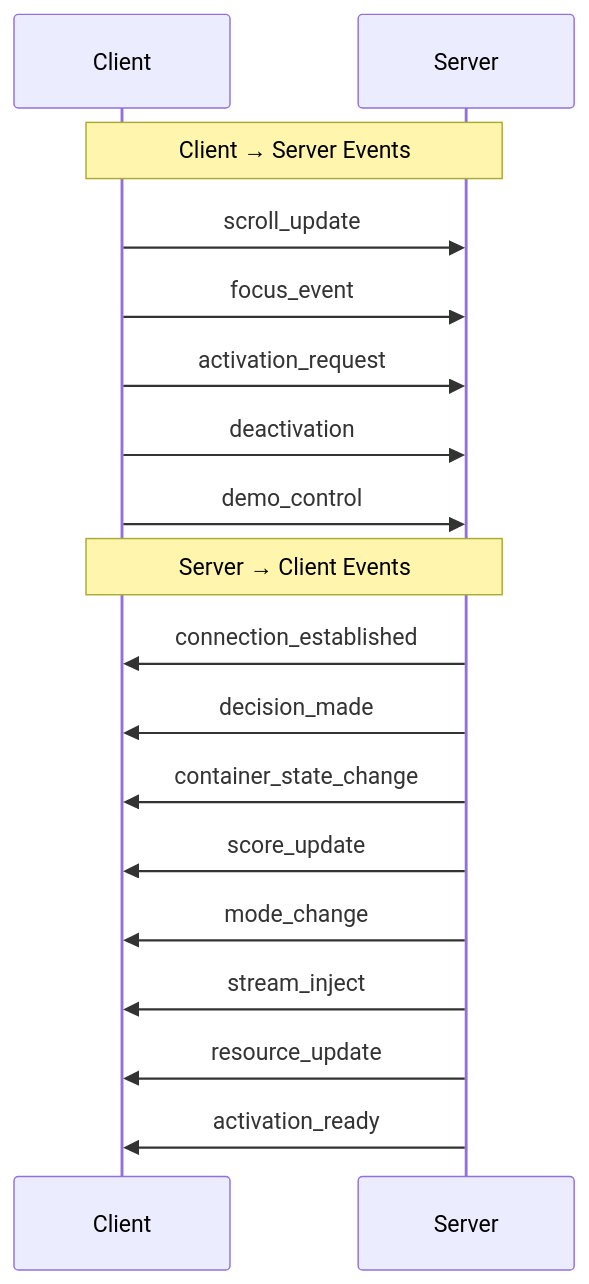
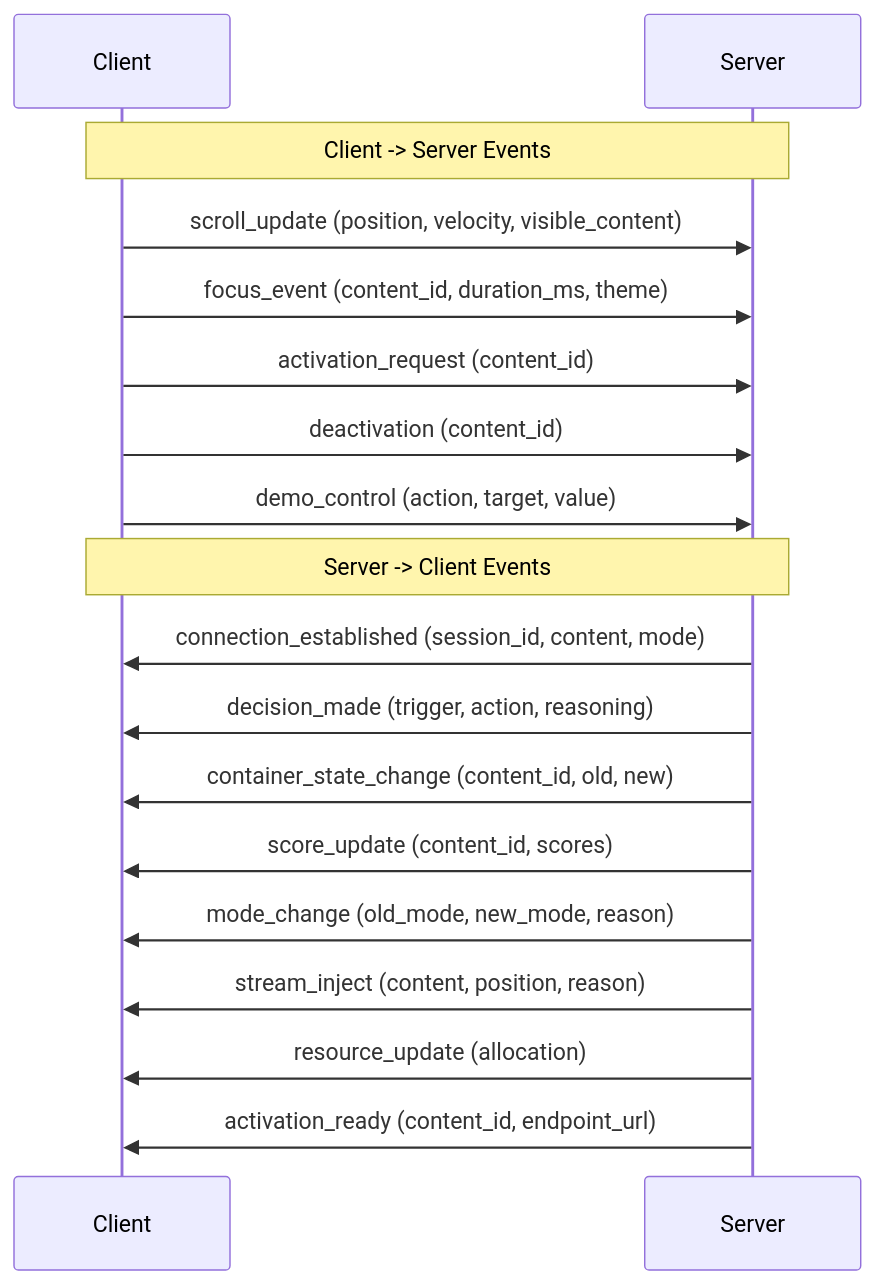
The eighth of 8 diagrams in README.md (ChanMeng666/gavigo), drawn with Mermaid before and after one commit. The commit also changed other lines of this file and 3 other files, not shown here.

````diff
--- a/README.md
+++ b/README.md
@@ -360,22 +534,22 @@
 ```mermaid
 sequenceDiagram
     participant Client
     participant Server
 
-    Note over Client,Server: Client → Server Events
-    Client->>Server: scroll_update
-    Client->>Server: focus_event
-    Client->>Server: activation_request
-    Client->>Server: deactivation
-    Client->>Server: demo_control
+    Note over Client,Server: Client -> Server Events
+    Client->>Server: scroll_update (position, velocity, visible_content)
+    Client->>Server: focus_event (content_id, duration_ms, theme)
+    Client->>Server: activation_request (content_id)
+    Client->>Server: deactivation (content_id)
+    Client->>Server: demo_control (action, target, value)
 
-    Note over Client,Server: Server → Client Events
-    Server->>Client: connection_established
-    Server->>Client: decision_made
-    Server->>Client: container_state_change
-    Server->>Client: score_update
-    Server->>Client: mode_change
-    Server->>Client: stream_inject
-    Server->>Client: resource_update
-    Server->>Client: activation_ready
+    Note over Client,Server: Server -> Client Events
+    Server->>Client: connection_established (session_id, content, mode)
+    Server->>Client: decision_made (trigger, action, reasoning)
+    Server->>Client: container_state_change (content_id, old, new)
+    Server->>Client: score_update (content_id, scores)
+    Server->>Client: mode_change (old_mode, new_mode, reason)
+    Server->>Client: stream_inject (content, position, reason)
+    Server->>Client: resource_update (allocation)
+    Server->>Client: activation_ready (content_id, endpoint_url)
 ```
````
